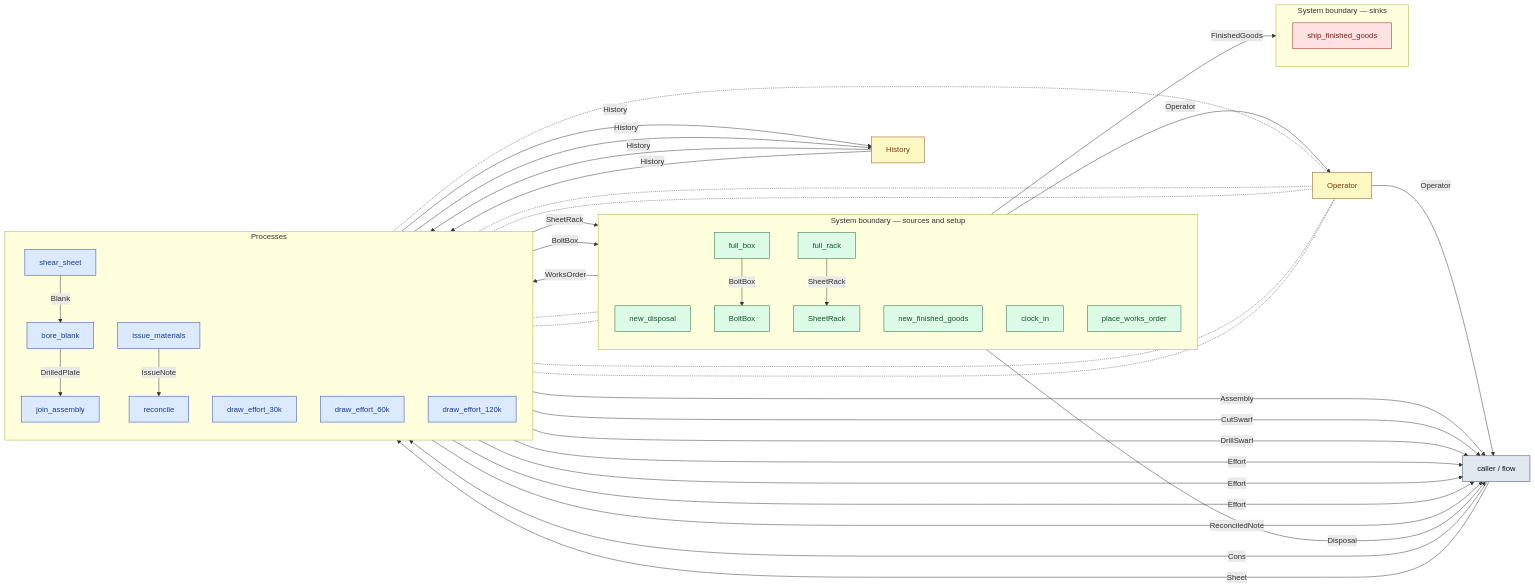
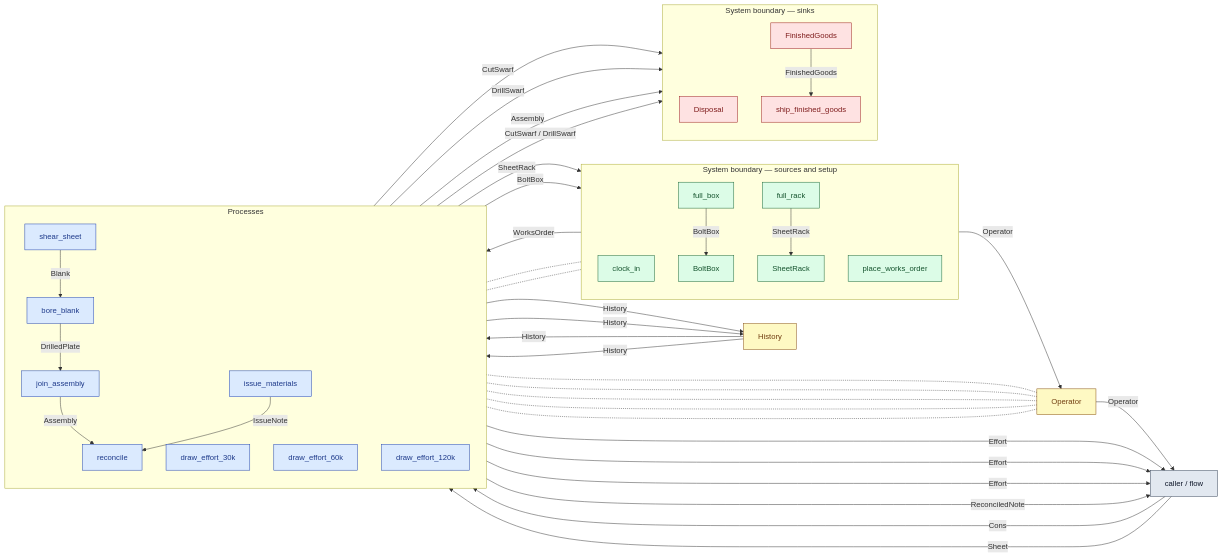
Before and after one commit to twalmsley/lavoisier: the diagram in docs/diagrams/cs4-stores/top-level.md, drawn with Mermaid. The commit also changed other lines of this file and 202 other files, not shown here.

```diff
--- a/docs/diagrams/cs4-stores/top-level.md
+++ b/docs/diagrams/cs4-stores/top-level.md
@@ -17,8 +17,6 @@
   classDef system fill:#dbeafe,stroke:#1e40af,color:#1e3a8a;
   subgraph sg_sources["System boundary — sources and setup"]
     direction TB
-    n_new_disposal["new_disposal"]:::boundary
-    n_new_finished_goods["new_finished_goods"]:::boundary
     n_clock_in["clock_in"]:::boundary
     n_place_works_order["place_works_order"]:::boundary
     n_SheetRack["SheetRack"]:::boundary
@@ -39,22 +37,23 @@
   end
   subgraph sg_sinks["System boundary — sinks"]
     direction TB
+    n_Disposal["Disposal"]:::sink
+    n_FinishedGoods["FinishedGoods"]:::sink
     n_ship_finished_goods["ship_finished_goods"]:::sink
   end
   n_caller["caller / flow"]:::flowio
   n_History["History"]:::resource
   n_Operator["Operator"]:::resource
-  n_join_assembly -- "Assembly" --> n_caller
+  n_join_assembly -- "Assembly" --> n_reconcile
   n_shear_sheet -- "Blank" --> n_bore_blank
   n_caller -- "Cons" --> n_join_assembly
-  n_shear_sheet -- "CutSwarf" --> n_caller
-  n_new_disposal -- "Disposal" --> n_caller
-  n_bore_blank -- "DrillSwarf" --> n_caller
+  n_shear_sheet -- "CutSwarf" --> n_Disposal
+  n_bore_blank -- "DrillSwarf" --> n_Disposal
   n_bore_blank -- "DrilledPlate" --> n_join_assembly
   n_draw_effort_120k -- "Effort" --> n_caller
   n_draw_effort_30k -- "Effort" --> n_caller
   n_draw_effort_60k -- "Effort" --> n_caller
-  n_new_finished_goods -- "FinishedGoods" --> n_ship_finished_goods
+  n_FinishedGoods -- "FinishedGoods" --> n_ship_finished_goods
   n_issue_materials -- "History" --> n_History
   n_reconcile -- "History" --> n_History
   n_History -- "History" --> n_issue_materials
@@ -65,6 +64,8 @@
   n_reconcile -- "ReconciledNote" --> n_caller
   n_caller -- "Sheet" --> n_shear_sheet
   n_place_works_order -- "WorksOrder" --> n_issue_materials
+  n_reconcile -- "Assembly" --> n_FinishedGoods
+  n_reconcile -- "CutSwarf / DrillSwarf" --> n_Disposal
   n_issue_materials -- "SheetRack" --> n_SheetRack
   n_issue_materials -- "BoltBox" --> n_BoltBox
   n_full_box -- "BoltBox" --> n_BoltBox
@@ -84,8 +85,8 @@
   click n_draw_effort_120k "https://github.com/twalmsley/lavoisier/blob/main/model/cs4-stores/src/resources.rs#L942" "model/cs4-stores/src/resources.rs"
   click n_issue_materials "https://github.com/twalmsley/lavoisier/blob/main/model/cs4-stores/src/resources.rs#L961" "model/cs4-stores/src/resources.rs"
   click n_reconcile "https://github.com/twalmsley/lavoisier/blob/main/model/cs4-stores/src/resources.rs#L1021" "model/cs4-stores/src/resources.rs"
-  click n_new_disposal "https://github.com/twalmsley/lavoisier/blob/main/model/cs4-stores/src/resources.rs#L629" "model/cs4-stores/src/resources.rs"
-  click n_new_finished_goods "https://github.com/twalmsley/lavoisier/blob/main/model/cs4-stores/src/resources.rs#L620" "model/cs4-stores/src/resources.rs"
+  click n_Disposal "https://github.com/twalmsley/lavoisier/blob/main/model/cs4-stores/src/resources.rs#L513" "model/cs4-stores/src/resources.rs"
+  click n_FinishedGoods "https://github.com/twalmsley/lavoisier/blob/main/model/cs4-stores/src/resources.rs#L475" "model/cs4-stores/src/resources.rs"
   click n_ship_finished_goods "https://github.com/twalmsley/lavoisier/blob/main/model/cs4-stores/src/resources.rs#L688" "model/cs4-stores/src/resources.rs"
   click n_History "https://github.com/twalmsley/lavoisier/blob/main/model/model-core/src/history.rs#L158" "model/model-core/src/history.rs"
   click n_Operator "https://github.com/twalmsley/lavoisier/blob/main/model/cs4-stores/src/resources.rs#L435" "model/cs4-stores/src/resources.rs"
```
